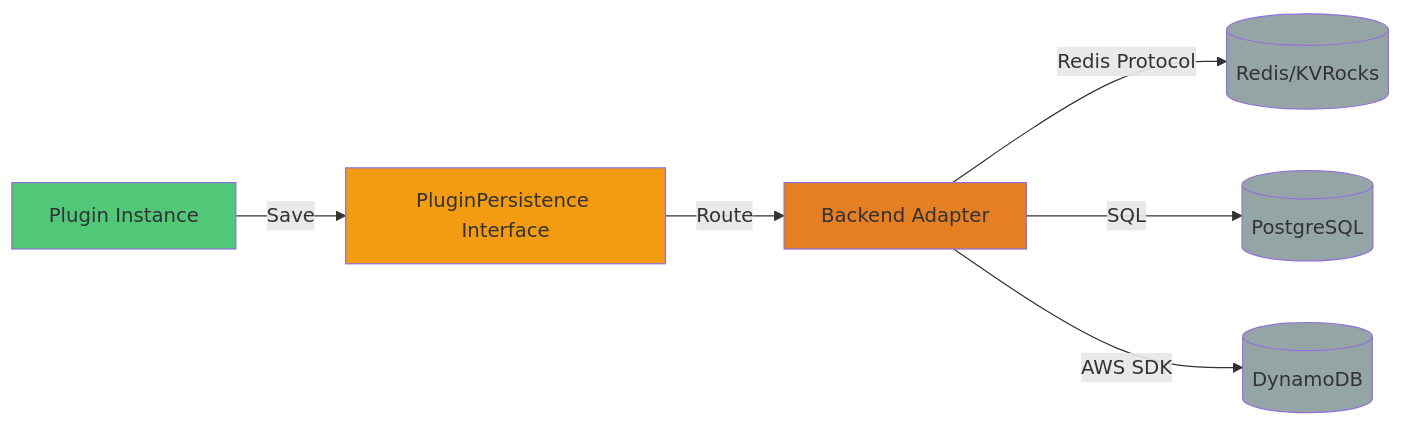
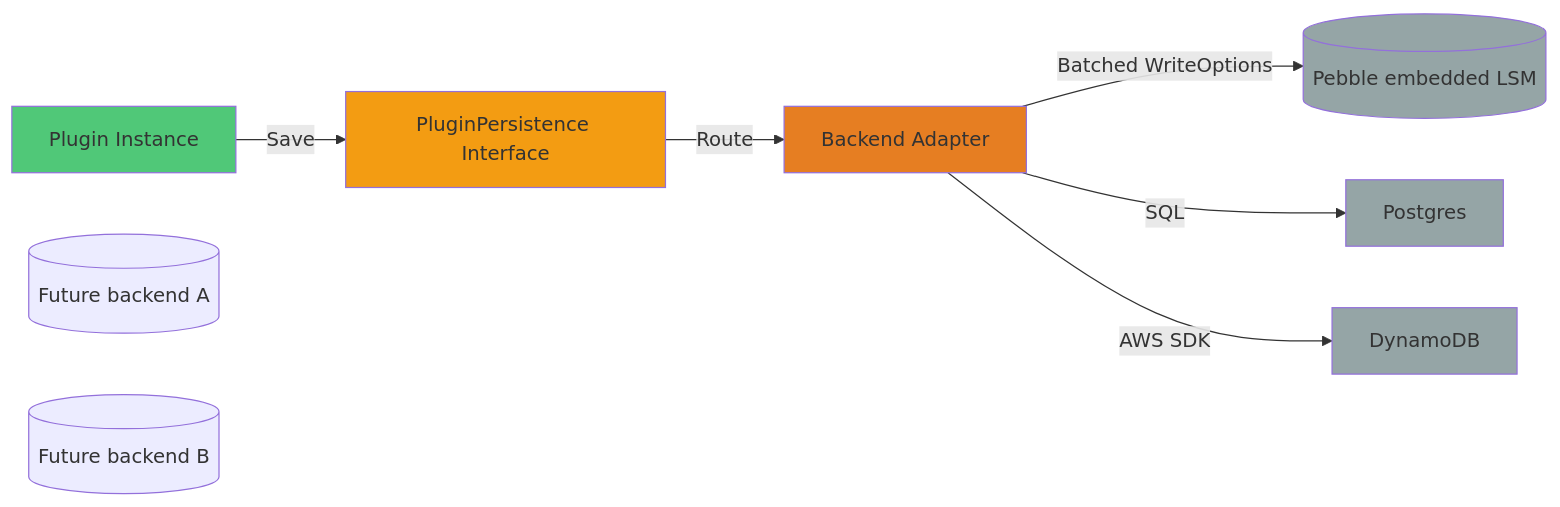
Before and after one commit to osvaldoandrade/codeq: the second of 3 diagrams in docs/25-plugin-architecture-hld.md, drawn with Mermaid. The commit also changed other lines of this file and 70 other files, not shown here.

````diff
--- a/docs/25-plugin-architecture-hld.md
+++ b/docs/25-plugin-architecture-hld.md
@@ -295,22 +304,22 @@
 ```mermaid
 graph LR
     Plugin[Plugin Instance]
     PersistIface[PluginPersistence Interface]
     Adapter[Backend Adapter]
-    Redis[(Redis/KVRocks)]
-    Postgres[(PostgreSQL)]
-    DynamoDB[(DynamoDB)]
+    Pebble[(Pebble embedded LSM)]
+    Future1[(Future backend A)]
+    Future2[(Future backend B)]
     
     Plugin -->|Save| PersistIface
     PersistIface -->|Route| Adapter
-    Adapter -->|Redis Protocol| Redis
+    Adapter -->|Batched WriteOptions| Pebble
     Adapter -->|SQL| Postgres
     Adapter -->|AWS SDK| DynamoDB
     
     style Plugin fill:#50c878
     style PersistIface fill:#f39c12
     style Adapter fill:#e67e22
-    style Redis fill:#95a5a6
+    style Pebble fill:#95a5a6
     style Postgres fill:#95a5a6
     style DynamoDB fill:#95a5a6
 ```
````
